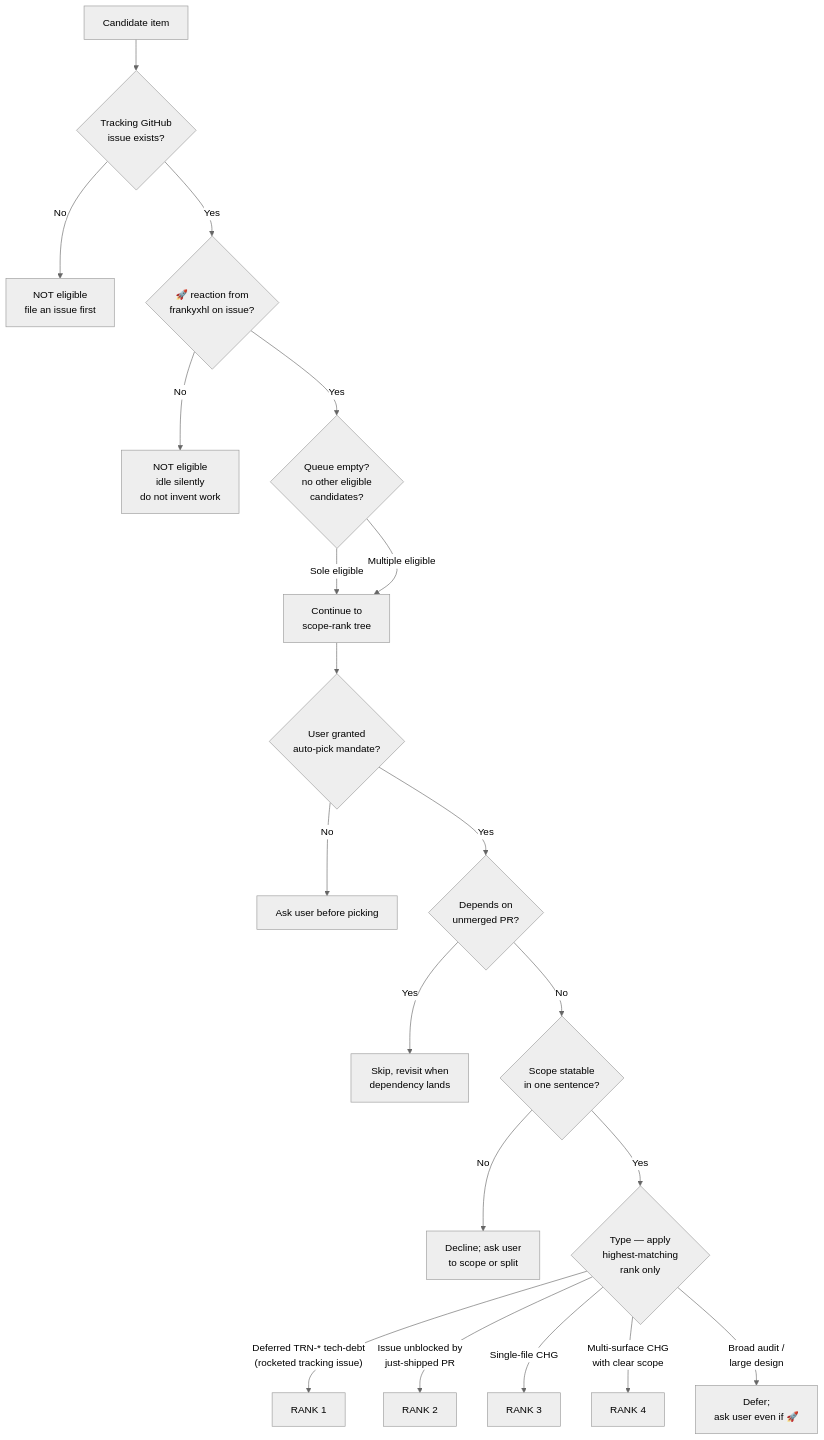
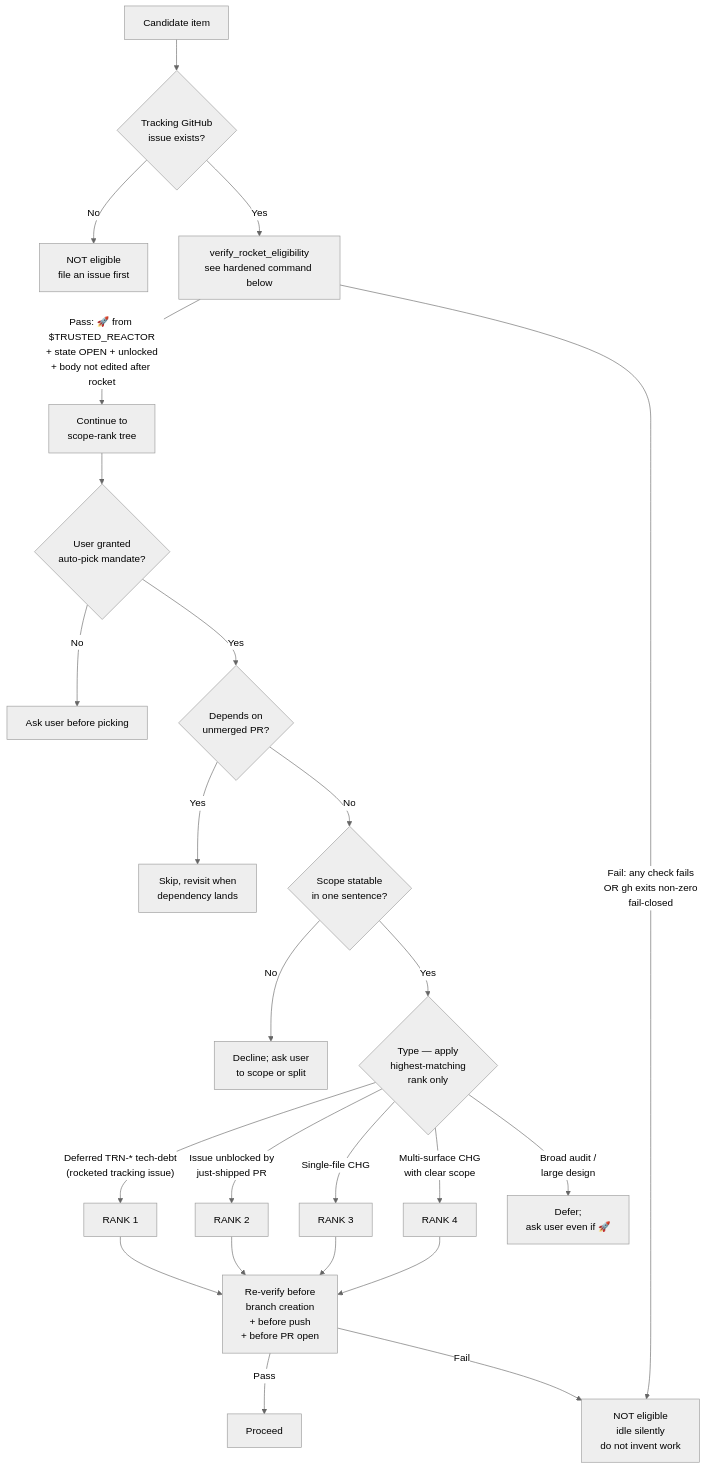
One commit to frankyxhl/trinity changed the first of 6 diagrams in rules/TRN-1008-SOP-Multi-Agent-Review-Loop.md. Above: the diagram before and after it, drawn with Mermaid (neutral theme). The commit also changed other lines of this file, not shown here.

````diff
--- a/rules/TRN-1008-SOP-Multi-Agent-Review-Loop.md
+++ b/rules/TRN-1008-SOP-Multi-Agent-Review-Loop.md
@@ -71,22 +91,26 @@
 ```mermaid
 flowchart TD
     A[Candidate item] --> G1{Tracking GitHub<br/>issue exists?}
     G1 -- No --> Z_GATE_A[NOT eligible<br/>file an issue first]
-    G1 -- Yes --> G2{🚀 reaction from<br/>frankyxhl on issue?}
-    G2 -- No --> Z_GATE_B[NOT eligible<br/>idle silently<br/>do not invent work]
-    G2 -- Yes --> Q{Queue empty?<br/>no other eligible<br/>candidates?}
-    Q -- "Sole eligible" --> SCOPE
-    Q -- "Multiple eligible" --> SCOPE[Continue to<br/>scope-rank tree]
+    G1 -- Yes --> V[verify_rocket_eligibility<br/>see hardened command below]
+    V -- Pass: 🚀 from $TRUSTED_REACTOR<br/>+ state OPEN + unlocked<br/>+ body not edited after rocket --> SCOPE[Continue to<br/>scope-rank tree]
+    V -- Fail: any check fails<br/>OR gh exits non-zero<br/>fail-closed --> Z_GATE_B[NOT eligible<br/>idle silently<br/>do not invent work]
     SCOPE --> B{User granted<br/>auto-pick mandate?}
     B -- No --> Z1[Ask user before picking]
     B -- Yes --> C{Depends on<br/>unmerged PR?}
     C -- Yes --> Z2[Skip, revisit when<br/>dependency lands]
     C -- No --> D{Scope statable<br/>in one sentence?}
     D -- No --> Z3[Decline; ask user<br/>to scope or split]
     D -- Yes --> E{Type — apply<br/>highest-matching<br/>rank only}
     E -- Deferred TRN-* tech-debt<br/>(rocketed tracking issue) --> R1[RANK 1]
     E -- Issue unblocked by<br/>just-shipped PR --> R2[RANK 2]
     E -- Single-file CHG --> R3[RANK 3]
     E -- Multi-surface CHG<br/>with clear scope --> R4[RANK 4]
     E -- Broad audit /<br/>large design --> Z4[Defer;<br/>ask user even if 🚀]
+    R1 --> RV[Re-verify before<br/>branch creation<br/>+ before push<br/>+ before PR open]
+    R2 --> RV
+    R3 --> RV
+    R4 --> RV
+    RV -- Pass --> EXEC[Proceed]
+    RV -- Fail --> Z_GATE_B
 ```
````
